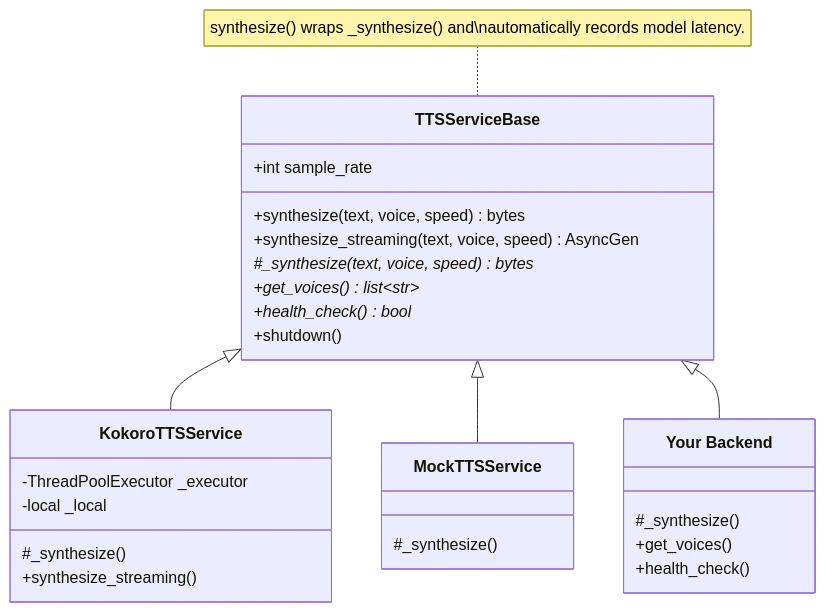
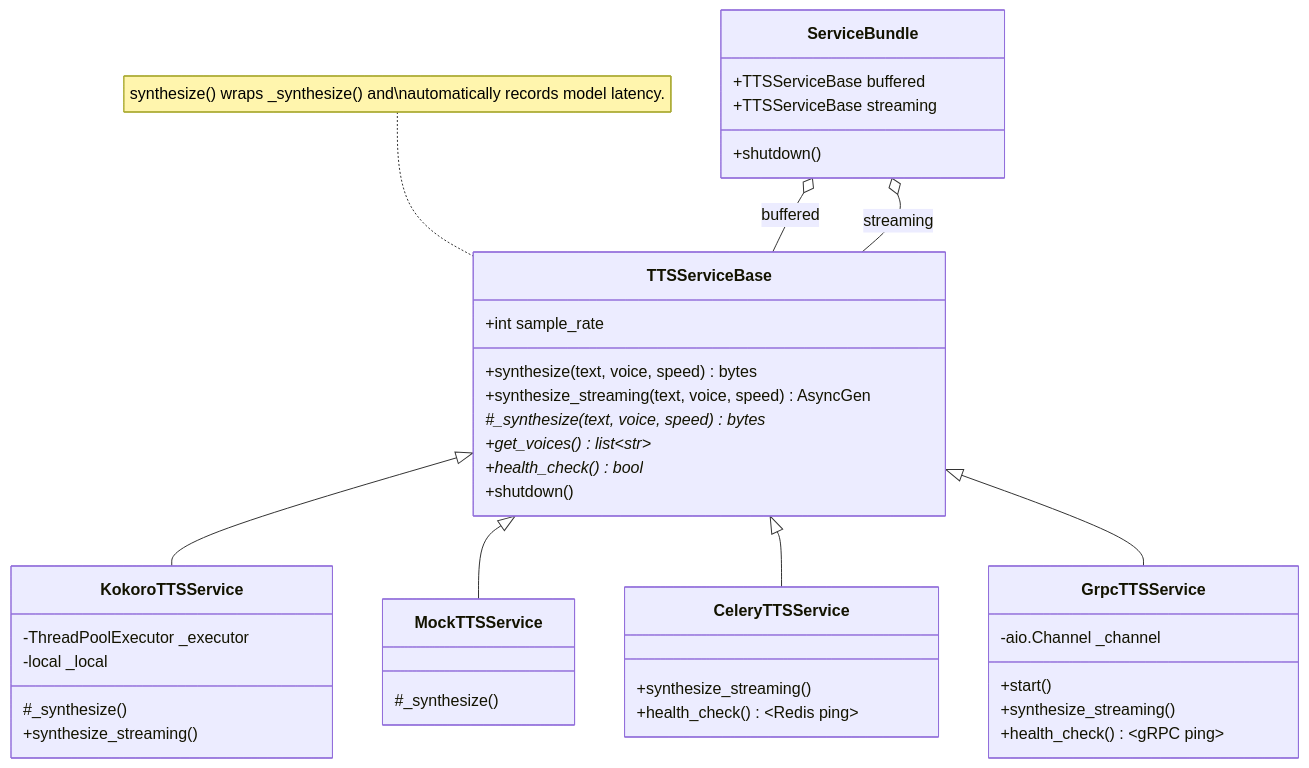
One commit to akirariku26-source/my-take-home changed the second of 2 diagrams in APPROACH.md. Above: the diagram before and after it, drawn with Mermaid. The commit also changed other lines of this file and 8 other files, not shown here.

````diff
--- a/APPROACH.md
+++ b/APPROACH.md
@@ -185,34 +190,49 @@
 ```mermaid
 classDiagram
     class TTSServiceBase {
         +int sample_rate
         +synthesize(text, voice, speed) bytes
         +synthesize_streaming(text, voice, speed) AsyncGen
         #_synthesize(text, voice, speed) bytes*
         +get_voices() list~str~*
         +health_check() bool*
         +shutdown()
     }
     note for TTSServiceBase "synthesize() wraps _synthesize() and\nautomatically records model latency."
 
     class KokoroTTSService {
         -ThreadPoolExecutor _executor
         -local _local
         #_synthesize()
         +synthesize_streaming()
     }
 
     class MockTTSService {
         #_synthesize()
     }
 
-    class YourBackend["Your Backend"] {
-        #_synthesize()
-        +get_voices()
-        +health_check()
+    class CeleryTTSService {
+        +synthesize_streaming()
+        +health_check() ~Redis ping~
+    }
+
+    class GrpcTTSService {
+        -aio.Channel _channel
+        +start()
+        +synthesize_streaming()
+        +health_check() ~gRPC ping~
+    }
+
+    class ServiceBundle {
+        +TTSServiceBase buffered
+        +TTSServiceBase streaming
+        +shutdown()
     }
 
     TTSServiceBase <|-- KokoroTTSService
     TTSServiceBase <|-- MockTTSService
-    TTSServiceBase <|-- YourBackend
+    TTSServiceBase <|-- CeleryTTSService
+    TTSServiceBase <|-- GrpcTTSService
+    ServiceBundle o-- TTSServiceBase : buffered
+    ServiceBundle o-- TTSServiceBase : streaming
 ```
````
